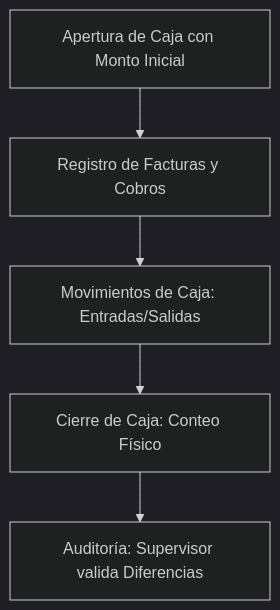
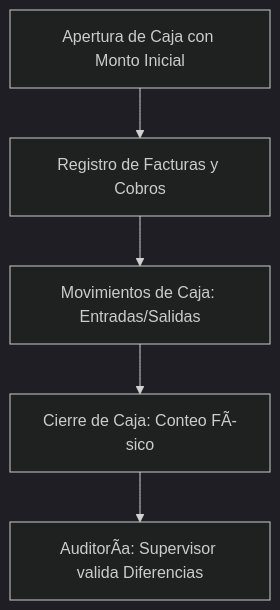
Before and after one commit to AugustoMelara-Dev/S_Hospital: the diagram in docs/Manual_Usuario.md, drawn with Mermaid (dark theme). The commit also changed other lines of this file and 92 other files, not shown here.

````diff
--- a/docs/Manual_Usuario.md
+++ b/docs/Manual_Usuario.md
@@ -56,7 +56,7 @@
 ```mermaid
 graph TD
     A[Apertura de Caja con Monto Inicial] --> B[Registro de Facturas y Cobros]
     B --> C[Movimientos de Caja: Entradas/Salidas]
-    C --> D[Cierre de Caja: Conteo Físico]
-    D --> E[Auditoría: Supervisor valida Diferencias]
+    C --> D[Cierre de Caja: Conteo FÃ­sico]
+    D --> E[AuditorÃ­a: Supervisor valida Diferencias]
 ```
````
